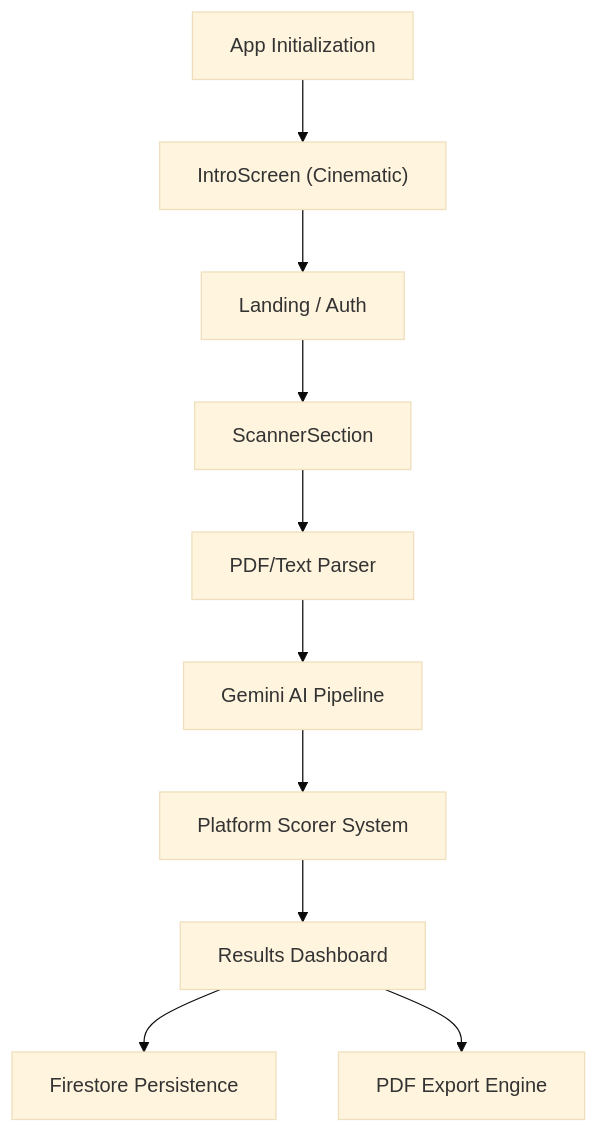
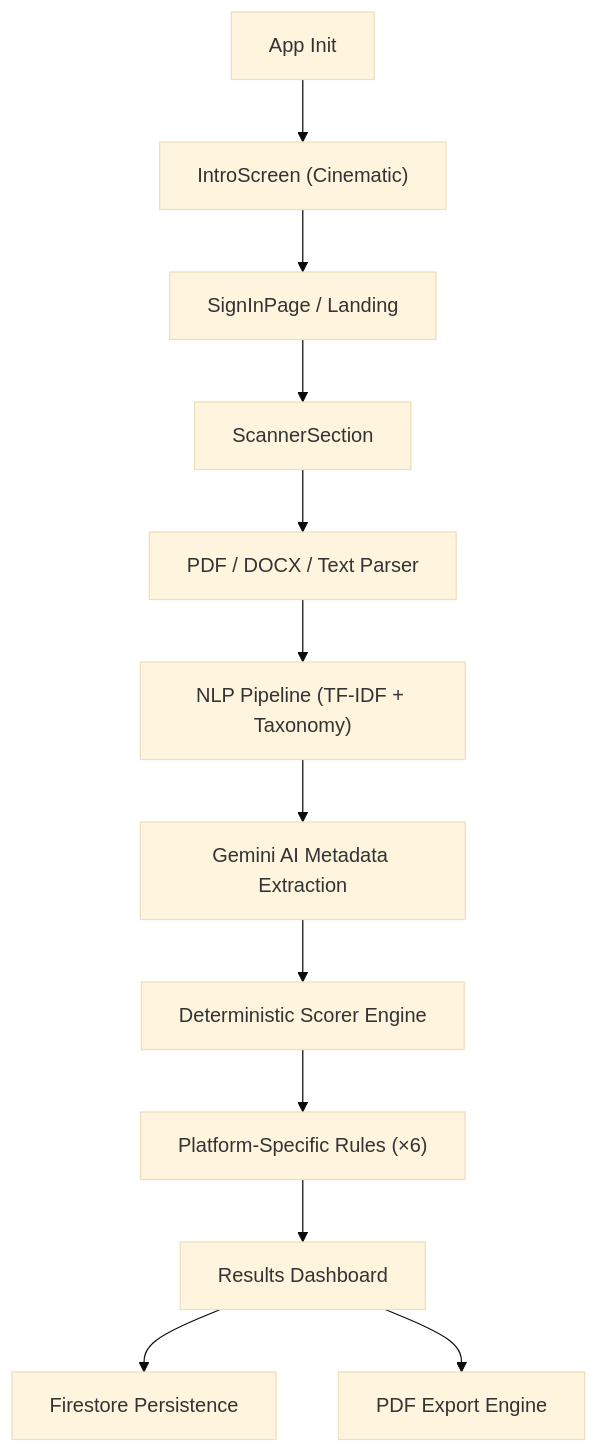
The diagram in README.md (Rudra-P9/ATSify), drawn with Mermaid (base theme) before and after one commit. The commit also changed other lines of this file, not shown here.

````diff
--- a/README.md
+++ b/README.md
@@ -83,12 +93,14 @@
 ```mermaid
 flowchart TD
-  A["App Initialization"] --> B["IntroScreen (Cinematic)"]
-  B --> C["Landing / Auth"]
+  A["App Init"] --> B["IntroScreen (Cinematic)"]
+  B --> C["SignInPage / Landing"]
   C --> D["ScannerSection"]
-  D --> E["PDF/Text Parser"]
-  E --> F["Gemini AI Pipeline"]
-  F --> G["Platform Scorer System"]
-  G --> H["Results Dashboard"]
-  H --> I["Firestore Persistence"]
-  H --> J["PDF Export Engine"]
+  D --> E["PDF / DOCX / Text Parser"]
+  E --> F["NLP Pipeline (TF-IDF + Taxonomy)"]
+  F --> G["Gemini AI Metadata Extraction"]
+  G --> H["Deterministic Scorer Engine"]
+  H --> I["Platform-Specific Rules (×6)"]
+  I --> J["Results Dashboard"]
+  J --> K["Firestore Persistence"]
+  J --> L["PDF Export Engine"]
 ```
````
